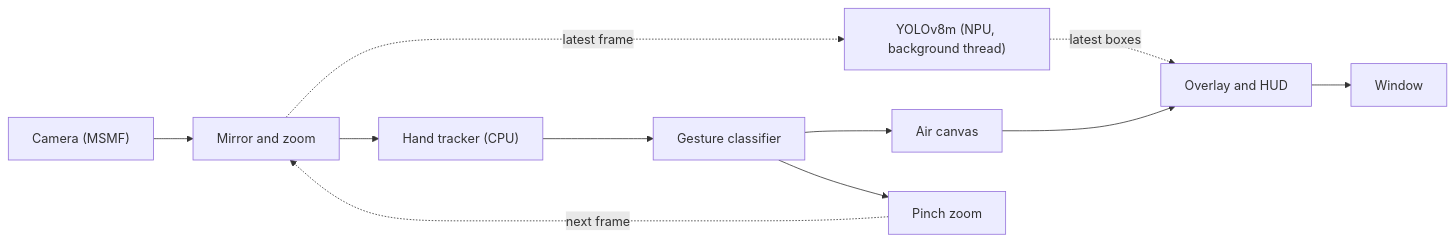
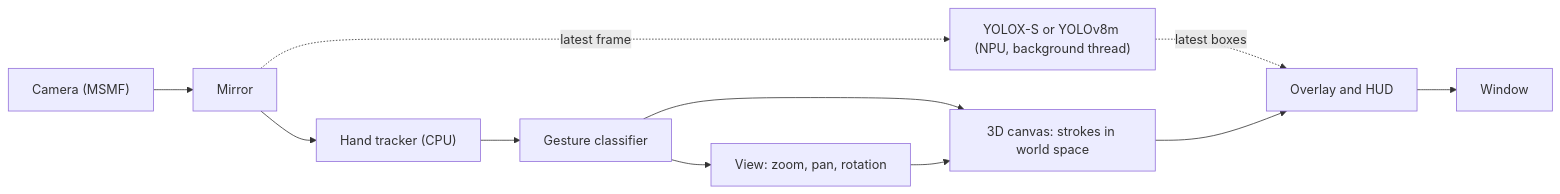
Before and after one commit to SilentDemonSD/NeoDraw: the diagram in README.md, drawn with Mermaid. The commit also changed other lines of this file, not shown here.

Commit message:
docs: document 3D drawing, YOLOX-S and new measurements

````diff
--- a/README.md
+++ b/README.md
@@ -220,13 +236,13 @@
 ```mermaid
 flowchart LR
-    Camera["Camera (MSMF)"] --> View["Mirror and zoom"]
-    View --> Hands["Hand tracker (CPU)"]
-    View -. "latest frame" .-> Detector["YOLOv8m (NPU, background thread)"]
+    Camera["Camera (MSMF)"] --> Mirror["Mirror"]
+    Mirror --> Hands["Hand tracker (CPU)"]
+    Mirror -. "latest frame" .-> Detector["YOLOX-S or YOLOv8m (NPU, background thread)"]
     Hands --> Gestures["Gesture classifier"]
-    Gestures --> Canvas["Air canvas"]
-    Gestures --> Zoom["Pinch zoom"]
-    Zoom -. "next frame" .-> View
+    Gestures --> Canvas["3D canvas: strokes in world space"]
+    Gestures --> View["View: zoom, pan, rotation"]
+    View --> Canvas
     Detector -. "latest boxes" .-> Overlay["Overlay and HUD"]
     Canvas --> Overlay
     Overlay --> Window["Window"]
 ```
````
